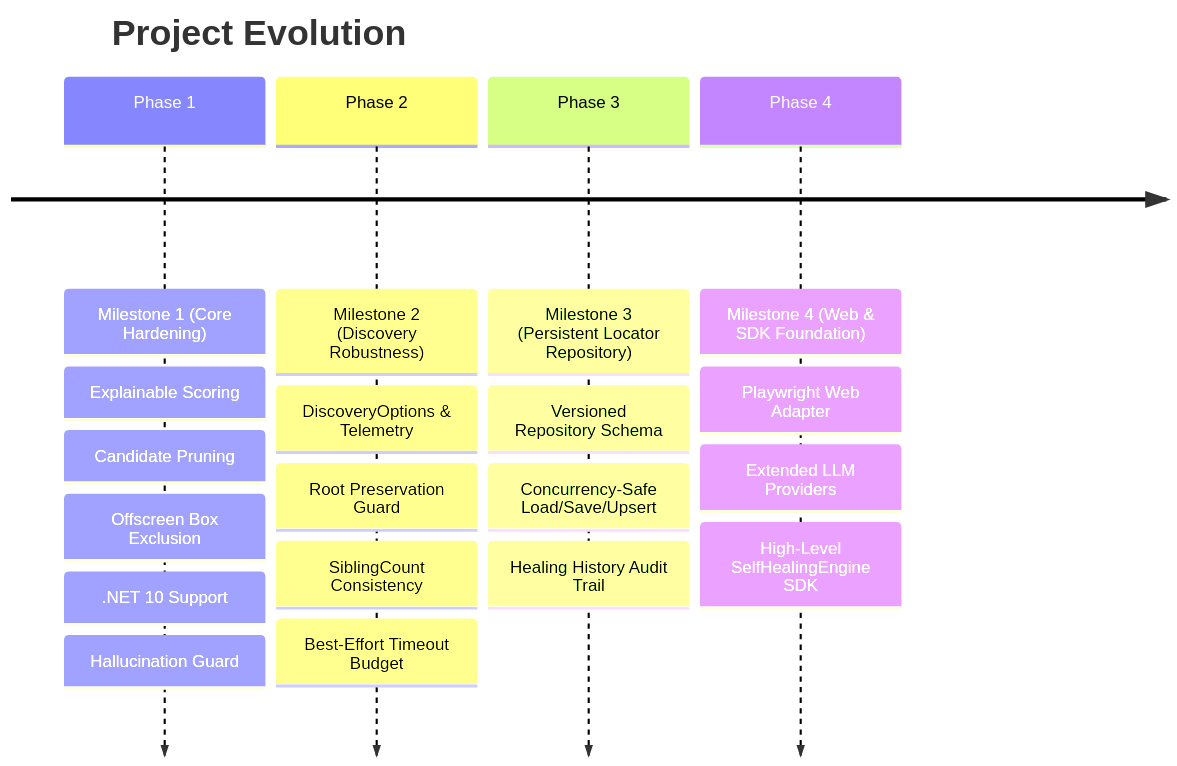
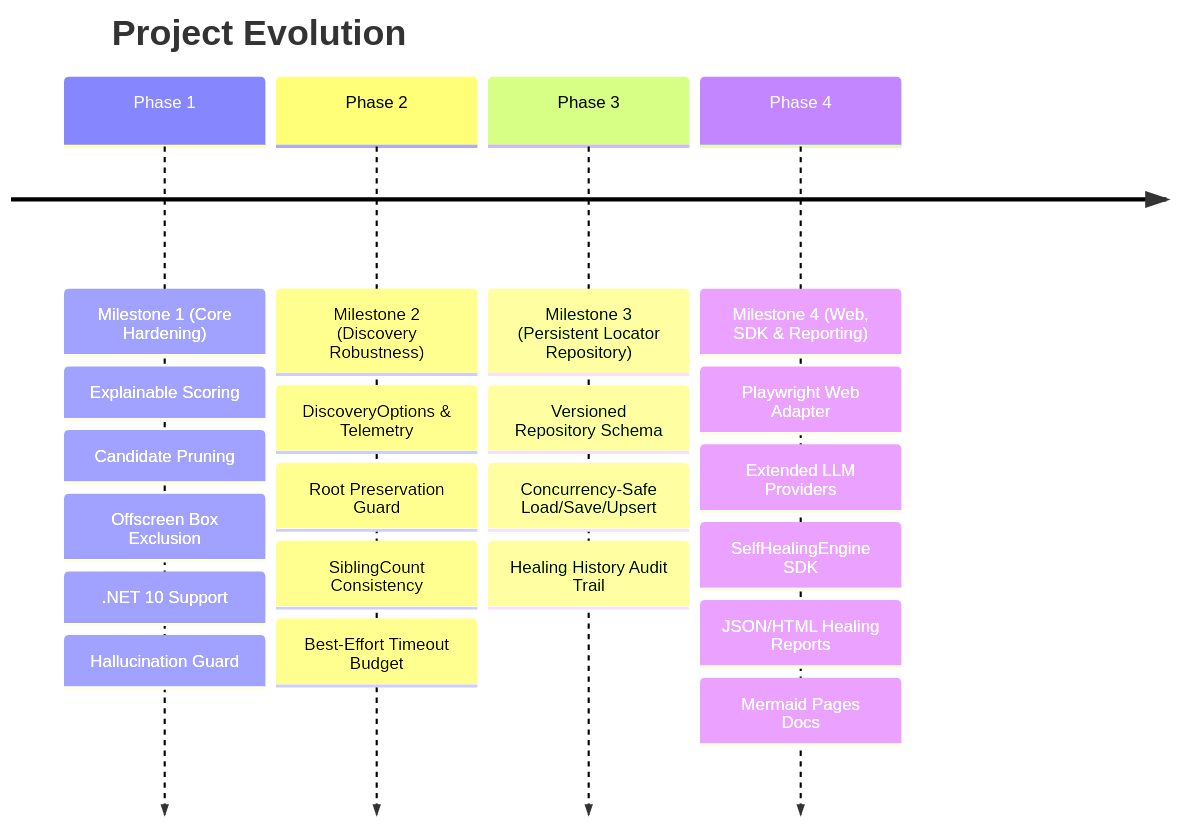
The first of 6 diagrams in PROJECT_SHOWCASE.md (mustafasercansak/automation-sandbox), drawn with Mermaid before and after one commit. The commit also changed other lines of this file and 1 other file, not shown here.

Commit message:
feat: update project milestones to include reporting and documentation enhancements

````diff
--- a/PROJECT_SHOWCASE.md
+++ b/PROJECT_SHOWCASE.md
@@ -26,8 +26,8 @@
 ```mermaid
 timeline
     title Project Evolution
     Phase 1 : Milestone 1 (Core Hardening) : Explainable Scoring : Candidate Pruning : Offscreen Box Exclusion : .NET 10 Support : Hallucination Guard
     Phase 2 : Milestone 2 (Discovery Robustness) : DiscoveryOptions & Telemetry : Root Preservation Guard : SiblingCount Consistency : Best-Effort Timeout Budget
     Phase 3 : Milestone 3 (Persistent Locator Repository) : Versioned Repository Schema : Concurrency-Safe Load/Save/Upsert : Healing History Audit Trail
-    Phase 4 : Milestone 4 (Web & SDK Foundation) : Playwright Web Adapter : Extended LLM Providers : High-Level SelfHealingEngine SDK
+    Phase 4 : Milestone 4 (Web, SDK & Reporting) : Playwright Web Adapter : Extended LLM Providers : SelfHealingEngine SDK : JSON/HTML Healing Reports : Mermaid Pages Docs
 ```
````
